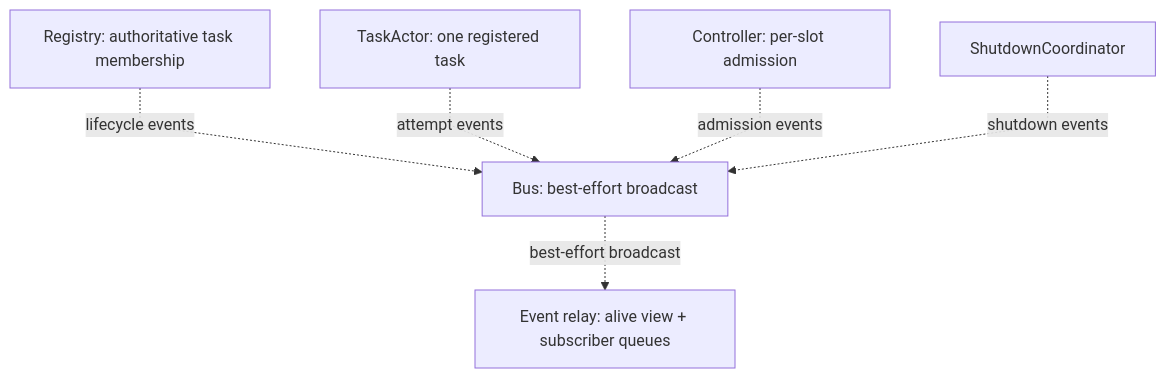
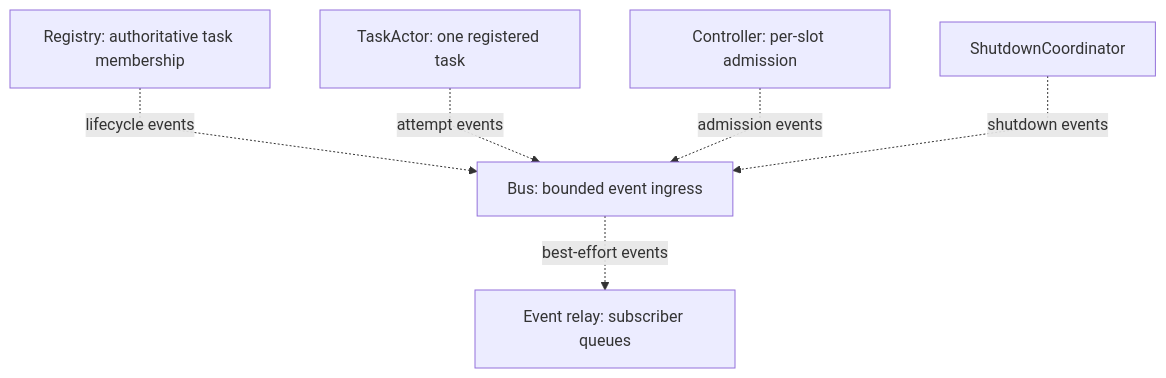
One commit to soltiHQ/taskvisor changed the third of 10 diagrams in src/ARCHITECTURE.md. Above: the diagram before and after it, drawn with Mermaid. The commit also changed other lines of this file and 70 other files, not shown here.

````diff
--- a/src/ARCHITECTURE.md
+++ b/src/ARCHITECTURE.md
@@ -85,16 +85,16 @@
 ```mermaid
 %%{init: {"flowchart": {"curve": "linear"}}}%%
 flowchart TB
     Registry["Registry: authoritative task membership"]
     Actor["TaskActor: one registered task"]
     Controller["Controller: per-slot admission"]
     Shutdown["ShutdownCoordinator"]
-    Bus["Bus: best-effort broadcast"]
-    Observability["Event relay: alive view + subscriber queues"]
+    Bus["Bus: bounded event ingress"]
+    Observability["Event relay: subscriber queues"]
 
     Registry -. lifecycle events .-> Bus
     Actor -. attempt events .-> Bus
     Controller -. admission events .-> Bus
     Shutdown -. shutdown events .-> Bus
-    Bus -. best-effort broadcast .-> Observability
+    Bus -. best-effort events .-> Observability
 ```
````
